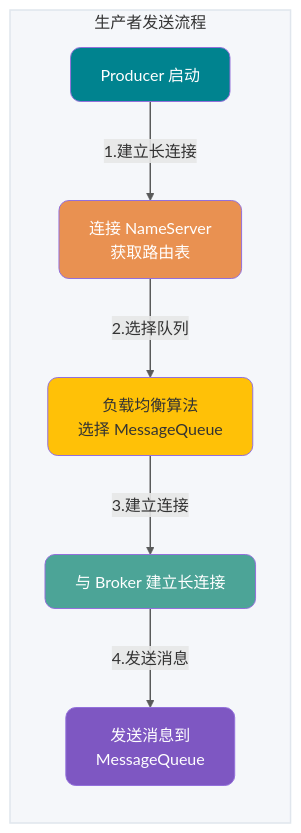
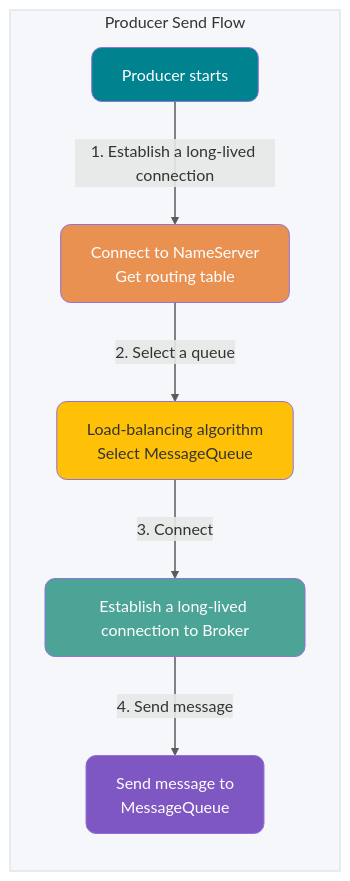
The seventh of 13 diagrams in docs/high-performance/message-queue/rocketmq-questions.md (m3h3d1/JavaGuideEn), drawn with Mermaid before and after one commit. The commit also changed other lines of this file and 128 other files, not shown here.

````diff
--- a/docs/high-performance/message-queue/rocketmq-questions.md
+++ b/docs/high-performance/message-queue/rocketmq-questions.md
@@ -487,26 +487,26 @@
 ```mermaid
 flowchart TB
-    subgraph ProducerFlow["生产者发送流程"]
+    subgraph ProducerFlow["Producer Send Flow"]
         direction TB
         style ProducerFlow fill:#F5F7FA,stroke:#E0E6ED,stroke-width:1.5px
 
-        P["Producer 启动"] -->|1.建立长连接| NS1["连接 NameServer<br/>获取路由表"]
-        NS1 -->|2.选择队列| LB["负载均衡算法<br/>选择 MessageQueue"]
-        LB -->|3.建立连接| BK["与 Broker 建立长连接"]
-        BK -->|4.发送消息| MSG["发送消息到<br/>MessageQueue"]
+        P["Producer starts"] -->|1. Establish a long-lived connection| NS1["Connect to NameServer<br/>Get routing table"]
+        NS1 -->|2. Select a queue| LB["Load-balancing algorithm<br/>Select MessageQueue"]
+        LB -->|3. Connect| BK["Establish a long-lived connection to Broker"]
+        BK -->|4. Send message| MSG["Send message to<br/>MessageQueue"]
     end
 
     classDef producer fill:#00838F,color:#fff,rx:10,ry:10
     classDef ns fill:#E99151,color:#fff,rx:10,ry:10
     classDef lb fill:#FFC107,color:#333,rx:10,ry:10
     classDef broker fill:#4CA497,color:#fff,rx:10,ry:10
     classDef msg fill:#7E57C2,color:#fff,rx:10,ry:10
 
     class P producer
     class NS1 ns
     class LB lb
     class BK broker
     class MSG msg
 
     linkStyle default stroke-width:1.5px,opacity:0.8
 ```
````
